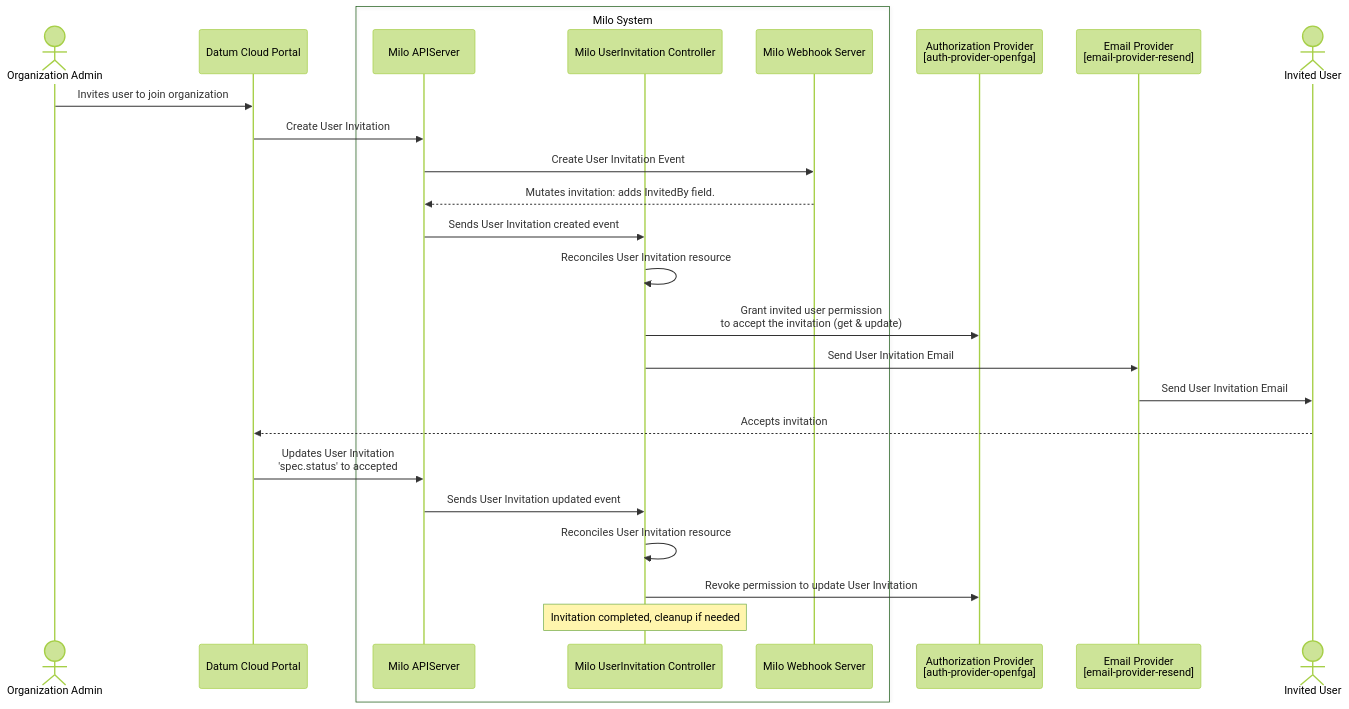
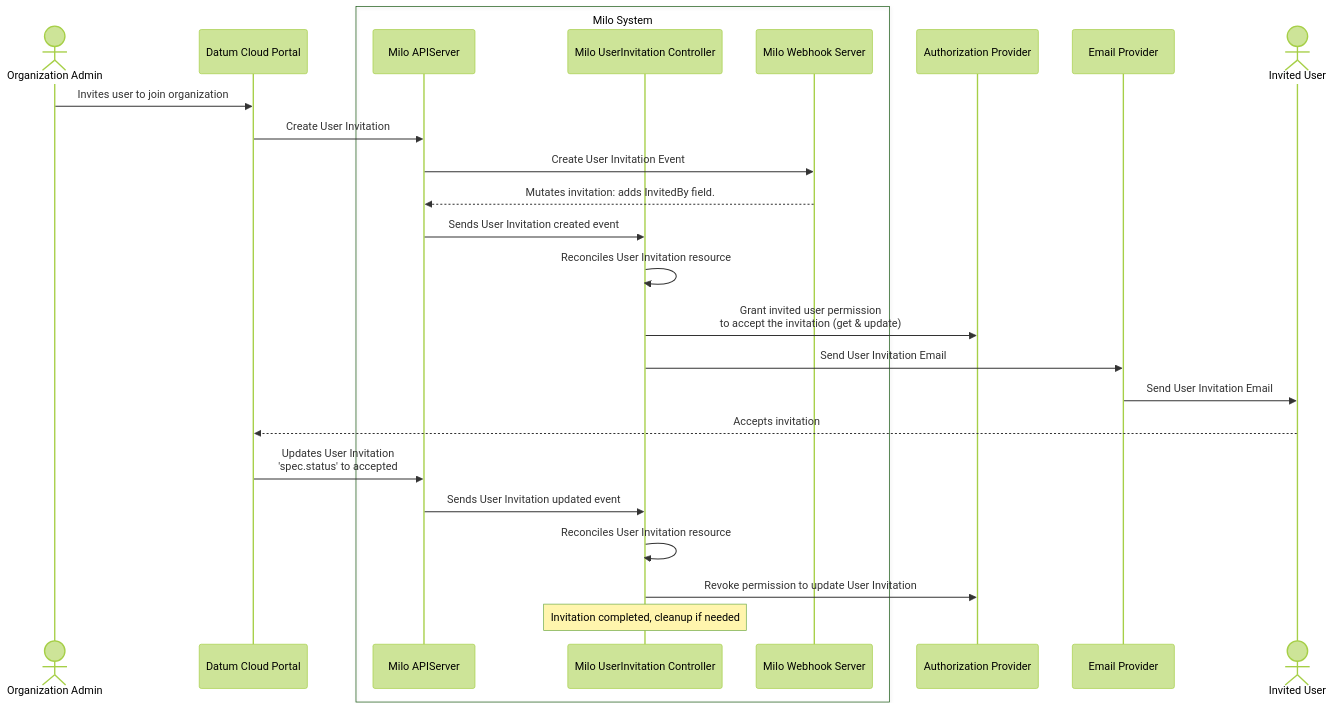
The first of 2 diagrams in enhancements/platform/identity-and-access-management/user-invitation/README.md (datum-cloud/enhancements), drawn with Mermaid (forest theme) before and after one commit. The commit also changed other lines of this file, not shown here.

Commit message:
Refine documentation for User Invitation System by updating references to the authorization provider, removing specific mentions of OpenFGA, and clarifying permission management processes.

````diff
--- a/enhancements/platform/identity-and-access-management/user-invitation/README.md
+++ b/enhancements/platform/identity-and-access-management/user-invitation/README.md
@@ -188,30 +188,30 @@
 ```mermaid
 sequenceDiagram
     actor adminuser as Organization Admin
     participant portal as Datum Cloud Portal
     box Milo System
     participant milo as Milo APIServer
     participant controller as Milo UserInvitation Controller
     participant milowebhook as Milo Webhook Server
     end
-    participant authprovider as Authorization Provider <br/>[auth-provider-openfga]
-    participant emailprovider as Email Provider <br/>[email-provider-resend]
+    participant authprovider as Authorization Provider
+    participant emailprovider as Email Provider
     actor inviteduser as Invited User
 
     adminuser ->> portal: Invites user to join organization
     portal ->> milo: Create User Invitation
     milo ->> milowebhook: Create User Invitation Event
     milowebhook -->> milo: Mutates invitation: adds InvitedBy field.
     milo ->> controller: Sends User Invitation created event
     controller ->> controller: Reconciles User Invitation resource
     controller ->> authprovider: Grant invited user permission <br/> to accept the invitation (get & update)
     controller ->> emailprovider: Send User Invitation Email
     emailprovider ->> inviteduser: Send User Invitation Email
 
     inviteduser -->> portal: Accepts invitation
     portal ->> milo: Updates User Invitation <br/> 'spec.status' to accepted
     milo ->> controller: Sends User Invitation updated event
     controller ->> controller: Reconciles User Invitation resource
     controller ->> authprovider: Revoke permission to update User Invitation
     Note over controller: Invitation completed, cleanup if needed
 ```
````
